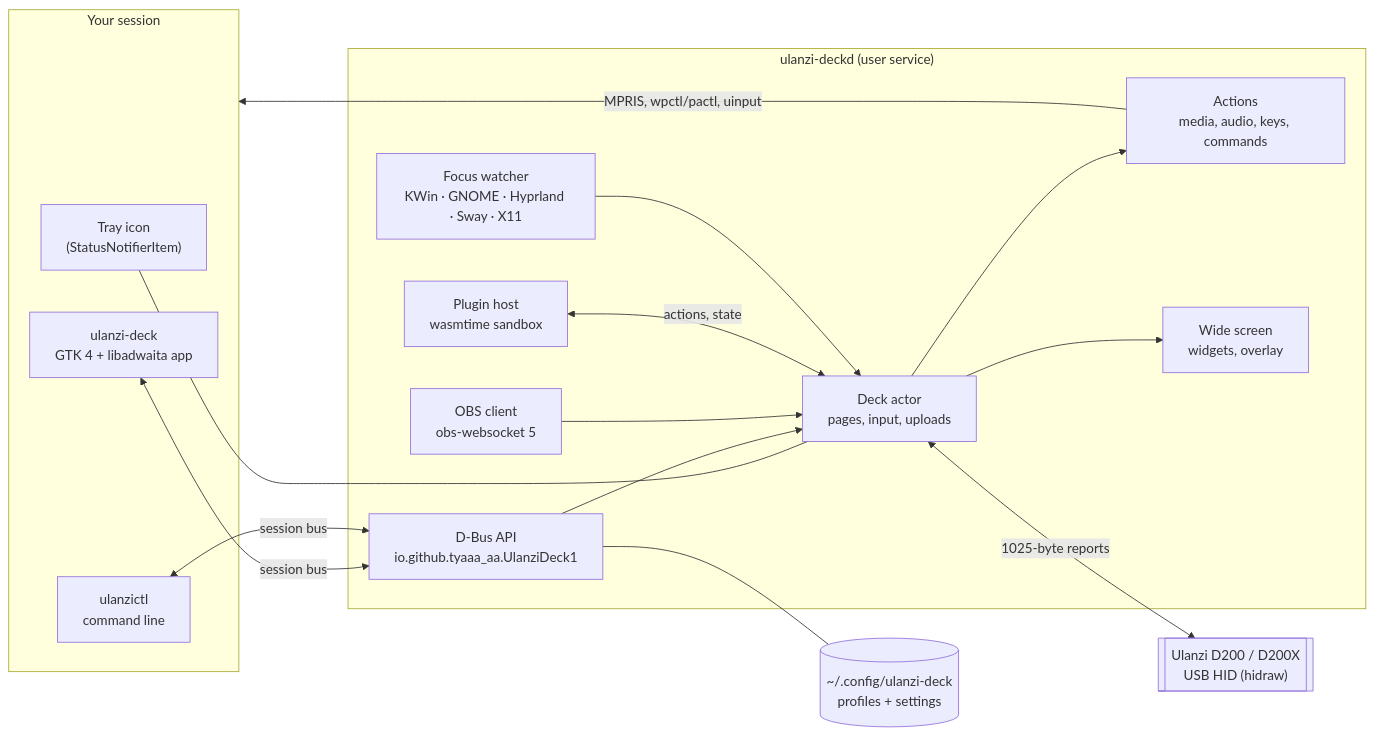
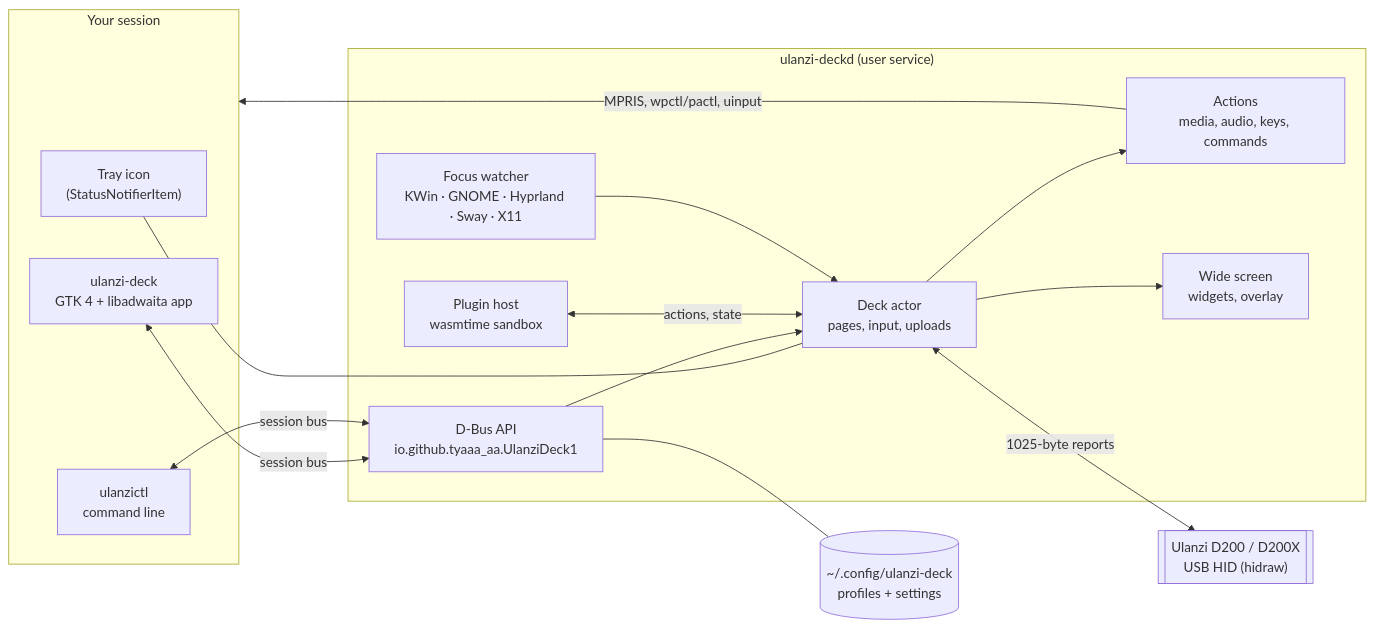
One commit to Tyaaa-aa/Ulanzi-Deck-Linux changed the diagram in docs/technical.md. Above: the diagram before and after it, drawn with Mermaid. The commit also changed other lines of this file and 5 other files, not shown here.

````diff
--- a/docs/technical.md
+++ b/docs/technical.md
@@ -25,32 +25,30 @@
 ```mermaid
 flowchart LR
     subgraph session["Your session"]
         GUI["ulanzi-deck<br/>GTK 4 + libadwaita app"]
         CLI["ulanzictl<br/>command line"]
         Tray["Tray icon<br/>(StatusNotifierItem)"]
     end
     subgraph service["ulanzi-deckd (user service)"]
         API["D-Bus API<br/>io.github.tyaaa_aa.UlanziDeck1"]
         Deck["Deck actor<br/>pages, input, uploads"]
         Act["Actions<br/>media, audio, keys, commands"]
         Screen["Wide screen<br/>widgets, overlay"]
-        OBS["OBS client<br/>obs-websocket 5"]
         Plug["Plugin host<br/>wasmtime sandbox"]
         Focus["Focus watcher<br/>KWin · GNOME · Hyprland · Sway · X11"]
     end
     Store[("~/.config/ulanzi-deck<br/>profiles + settings")]
     HID[["Ulanzi D200 / D200X<br/>USB HID (hidraw)"]]
 
     GUI <-->|session bus| API
     CLI <-->|session bus| API
     Tray --- Deck
     API --> Deck
     API --- Store
     Deck <-->|1025-byte reports| HID
     Deck --> Act
     Deck --> Screen
-    OBS --> Deck
     Plug <-->|actions, state| Deck
     Focus --> Deck
     Act -->|MPRIS, wpctl/pactl, uinput| session
 ```
````
